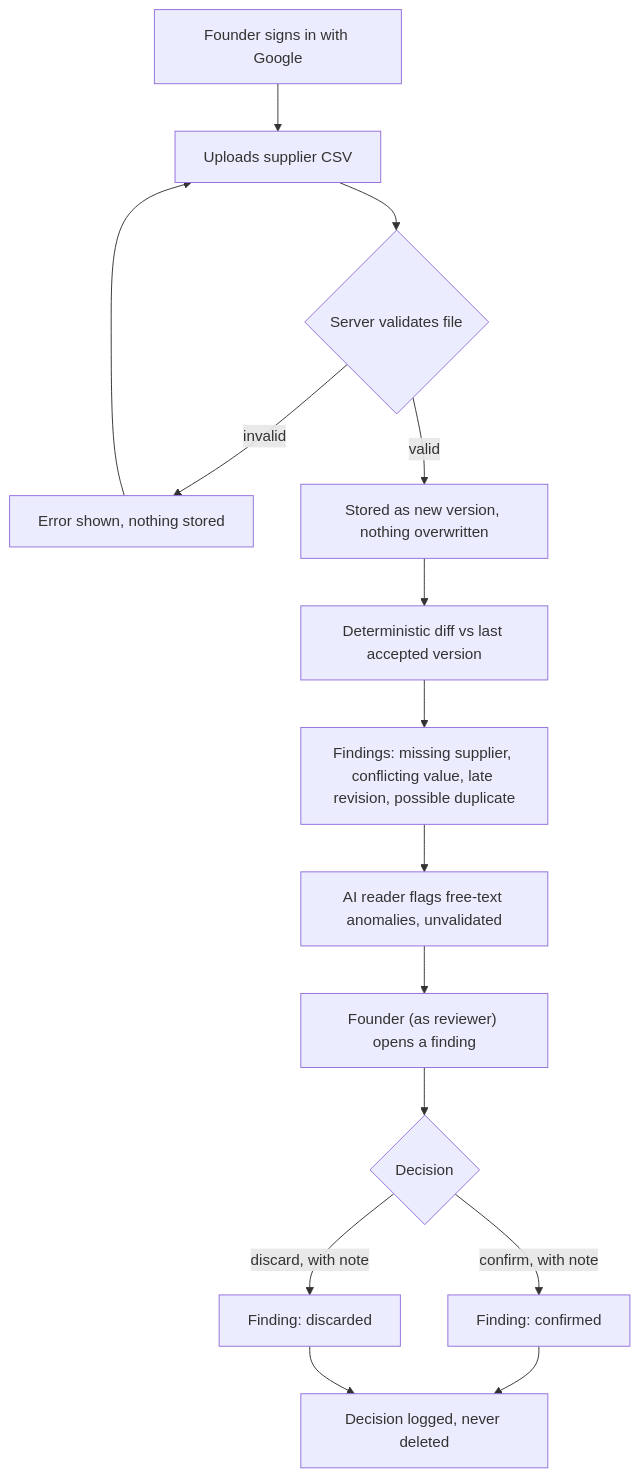
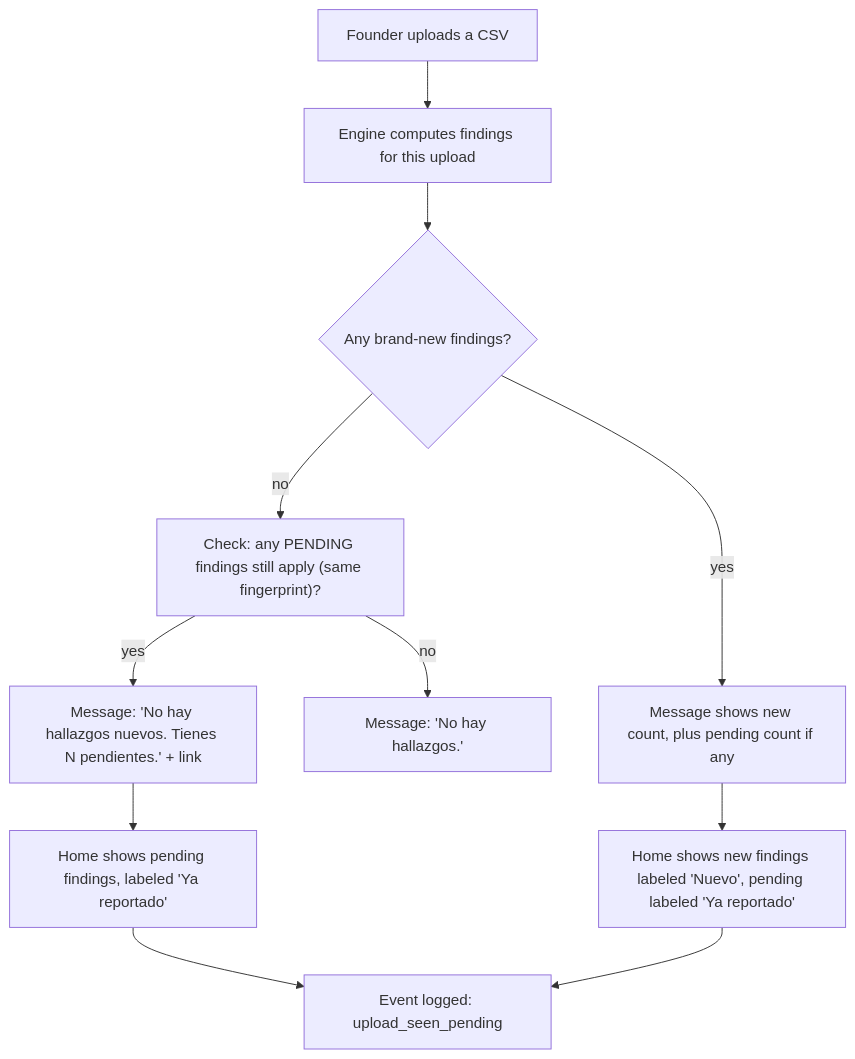
One commit to gonzalopatlanbuilds-crypto/crystal-ball changed the first of 2 diagrams in w12-validator/docs/PACKET.md. Above: the diagram before and after it, drawn with Mermaid. The commit also changed other lines of this file and 4 other files, not shown here.

````diff
--- a/w12-validator/docs/PACKET.md
+++ b/w12-validator/docs/PACKET.md
@@ -40,17 +37,13 @@
 ```mermaid
 flowchart TD
-  A["Founder signs in with Google"] --> B["Uploads supplier CSV"]
-  B --> C{"Server validates file"}
-  C -- "invalid" --> B1["Error shown, nothing stored"]
-  B1 --> B
-  C -- "valid" --> D["Stored as new version, nothing overwritten"]
-  D --> E["Deterministic diff vs last accepted version"]
-  E --> F["Findings: missing supplier, conflicting value, late revision, possible duplicate"]
-  F --> G["AI reader flags free-text anomalies, unvalidated"]
-  G --> H["Founder (as reviewer) opens a finding"]
-  H --> I{"Decision"}
-  I -- "confirm, with note" --> J["Finding: confirmed"]
-  I -- "discard, with note" --> K["Finding: discarded"]
-  J --> L["Decision logged, never deleted"]
-  K --> L
+  A["Founder uploads a CSV"] --> B["Engine computes findings for this upload"]
+  B --> C{"Any brand-new findings?"}
+  C -- "no" --> D["Check: any PENDING findings still apply (same fingerprint)?"]
+  D -- "yes" --> E["Message: 'No hay hallazgos nuevos. Tienes N pendientes.' + link"]
+  D -- "no" --> F["Message: 'No hay hallazgos.'"]
+  C -- "yes" --> G["Message shows new count, plus pending count if any"]
+  E --> H["Home shows pending findings, labeled 'Ya reportado'"]
+  G --> I["Home shows new findings labeled 'Nuevo', pending labeled 'Ya reportado'"]
+  H --> J["Event logged: upload_seen_pending"]
+  I --> J
 ```
````
